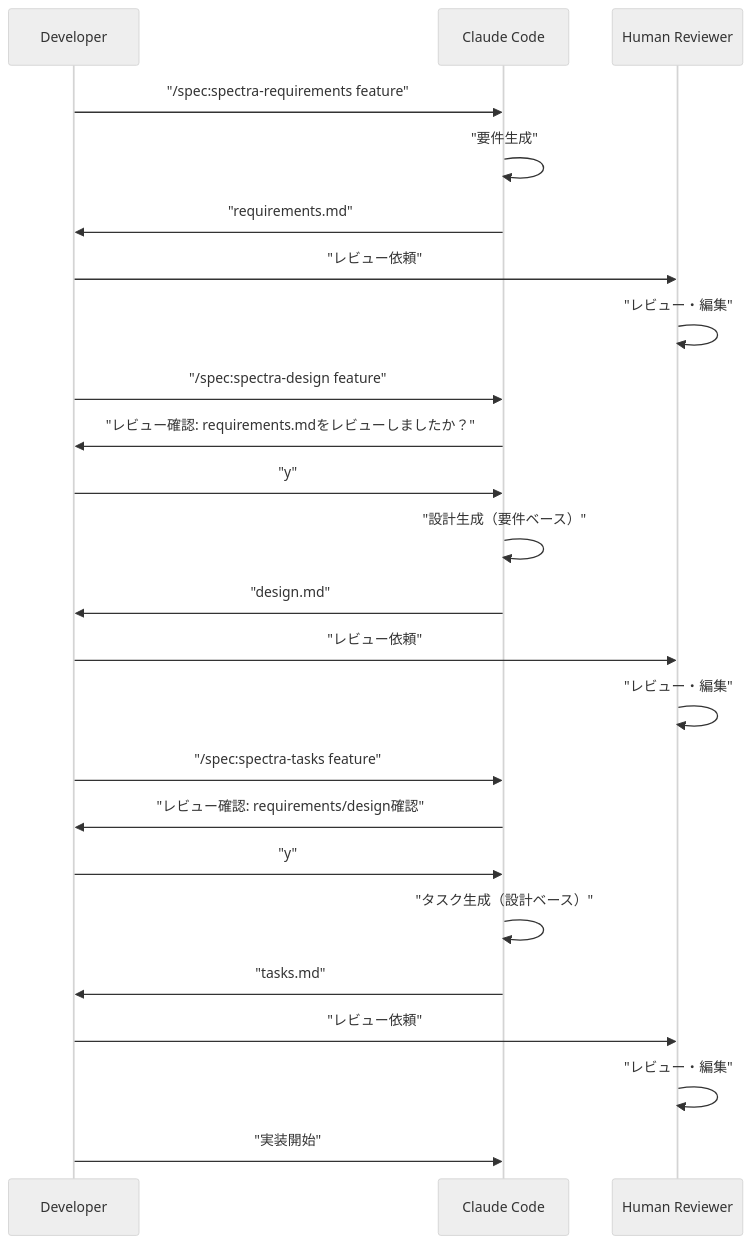
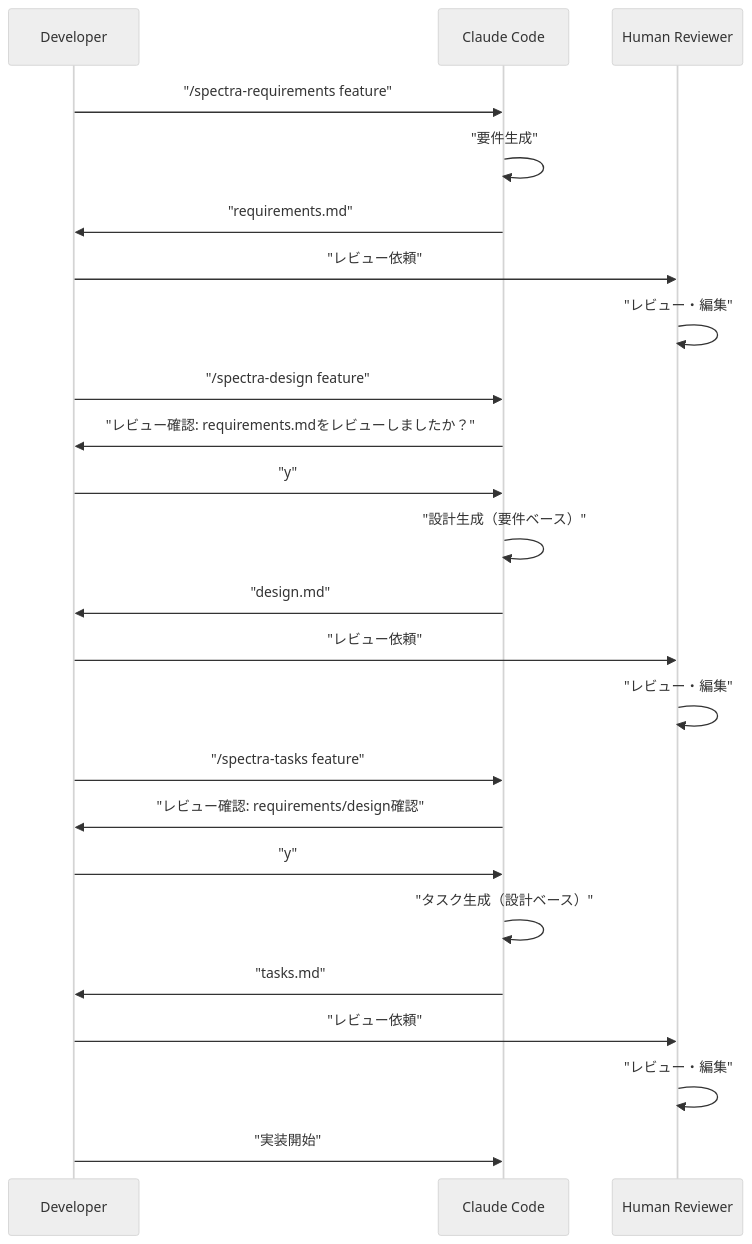
The second of 2 diagrams in docs/README/README_ja.md (nekolife1984/spectra), drawn with Mermaid (neutral theme) before and after one commit. The commit also changed other lines of this file and 30 other files, not shown here.

````diff
--- a/docs/README/README_ja.md
+++ b/docs/README/README_ja.md
@@ -237,30 +237,30 @@
 ```mermaid
 sequenceDiagram
     participant D as Developer
     participant C as Claude Code
     participant H as Human Reviewer
     
-    D->>C: "/spec:spectra-requirements feature"
+    D->>C: "/spectra-requirements feature"
     C->>C: "要件生成"
     C->>D: "requirements.md"
     D->>H: "レビュー依頼"
     H->>H: "レビュー・編集"
     
-    D->>C: "/spec:spectra-design feature"
+    D->>C: "/spectra-design feature"
     C->>D: "レビュー確認: requirements.mdをレビューしましたか？"
     D->>C: "y"
     C->>C: "設計生成（要件ベース）"
     C->>D: "design.md"
     D->>H: "レビュー依頼"
     H->>H: "レビュー・編集"
     
-    D->>C: "/spec:spectra-tasks feature"
+    D->>C: "/spectra-tasks feature"
     C->>D: "レビュー確認: requirements/design確認"
     D->>C: "y"
     C->>C: "タスク生成（設計ベース）"
     C->>D: "tasks.md"
     D->>H: "レビュー依頼"
     H->>H: "レビュー・編集"
     
     D->>C: "実装開始"
 ```
````
